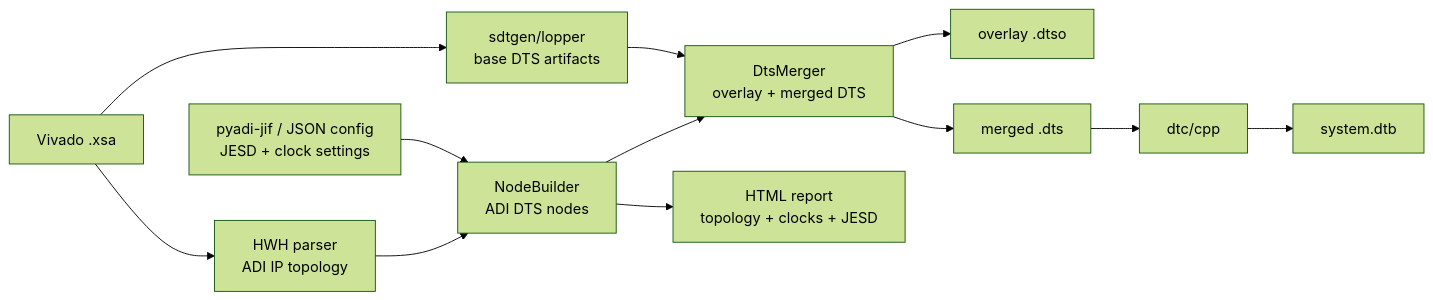
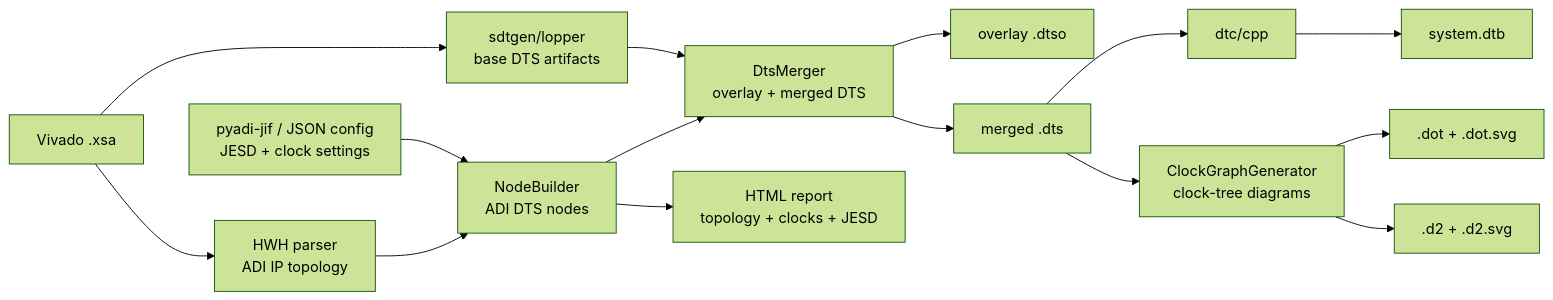
One commit to analogdevicesinc/pyadi-dt changed the first of 3 diagrams in doc/source/xsa.rst. Above: the diagram before and after it, drawn with Mermaid (forest theme). The commit also changed other lines of this file, not shown here.

First line of the commit message:
doc: update xsa.rst for clock graphs, D2 support, and FMComms8

```diff
--- a/doc/source/xsa.rst
+++ b/doc/source/xsa.rst
@@ -28,14 +32,17 @@
 .. mermaid::
 
    flowchart LR
        XSA["Vivado .xsa"] --> SDT["sdtgen/lopper<br/>base DTS artifacts"]
        XSA --> HWH["HWH parser<br/>ADI IP topology"]
        CFG["pyadi-jif / JSON config<br/>JESD + clock settings"] --> NB["NodeBuilder<br/>ADI DTS nodes"]
        HWH --> NB
        SDT --> MG["DtsMerger<br/>overlay + merged DTS"]
        NB --> MG
        MG --> DTBO["overlay .dtso"]
        MG --> DTS["merged .dts"]
        DTS --> DTC["dtc/cpp"]
        DTC --> DTB["system.dtb"]
        NB --> REP["HTML report<br/>topology + clocks + JESD"]
+       DTS --> CG["ClockGraphGenerator<br/>clock-tree diagrams"]
+       CG --> DOTF[".dot + .dot.svg"]
+       CG --> D2F[".d2 + .d2.svg"]
```
